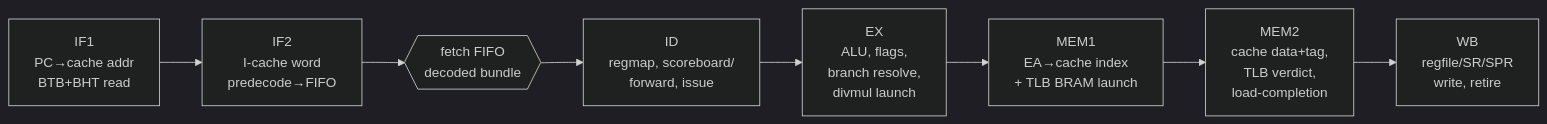
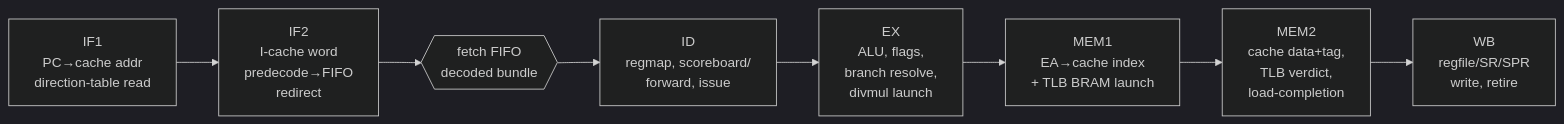
One commit to lonemeow/penumbra-minicomputer changed the diagram in doc/internals/penumbra3/overview.md. Above: the diagram before and after it, drawn with Mermaid (dark theme). The commit also changed other lines of this file and 4 other files, not shown here.

````diff
--- a/doc/internals/penumbra3/overview.md
+++ b/doc/internals/penumbra3/overview.md
@@ -88,10 +88,10 @@
 ```mermaid
 graph LR
-    IF1[IF1<br/>PC→cache addr<br/>BTB+BHT read] --> IF2[IF2<br/>I-cache word<br/>predecode→FIFO]
+    IF1[IF1<br/>PC→cache addr<br/>direction-table read] --> IF2[IF2<br/>I-cache word<br/>predecode→FIFO<br/>redirect]
     IF2 --> FIFO{{fetch FIFO<br/>decoded bundle}}
     FIFO --> ID[ID<br/>regmap, scoreboard/<br/>forward, issue]
     ID --> EX[EX<br/>ALU, flags,<br/>branch resolve,<br/>divmul launch]
     EX --> MEM1[MEM1<br/>EA→cache index<br/>+ TLB BRAM launch]
     MEM1 --> MEM2[MEM2<br/>cache data+tag,<br/>TLB verdict,<br/>load-completion]
     MEM2 --> WB[WB<br/>regfile/SR/SPR<br/>write, retire]
 ```
````
